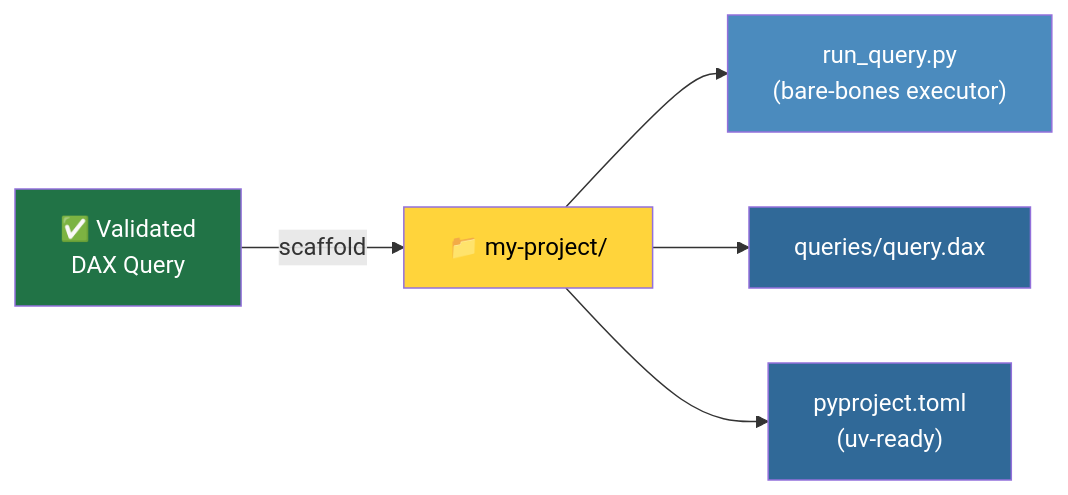
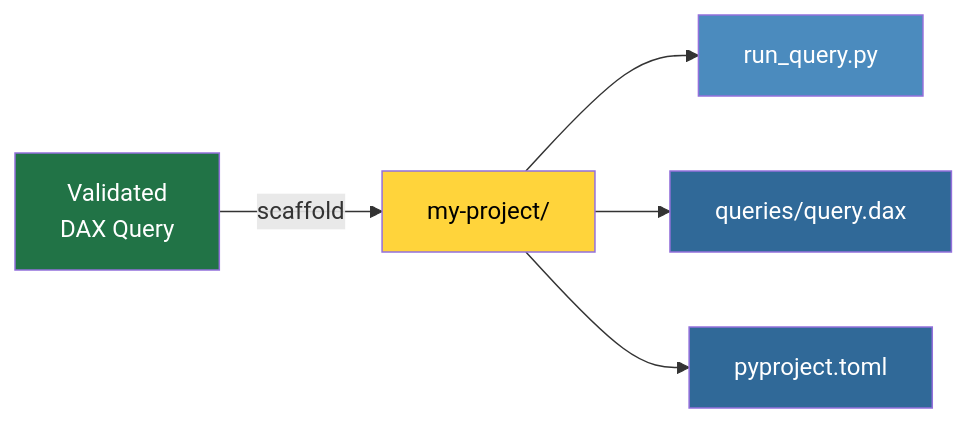
One commit to wes-stone/dax-query-mcp changed the third of 3 diagrams in README.md. Above: the diagram before and after it, drawn with Mermaid. The commit also changed other lines of this file, not shown here.

First line of the commit message:
fix mermaid diagrams: remove emojis and special chars

````diff
--- a/README.md
+++ b/README.md
@@ -312,13 +312,13 @@
 ```mermaid
 flowchart LR
-    A["✅ Validated\nDAX Query"] -->|scaffold| B["📁 my-project/"]
-    B --> C["run_query.py\n(bare-bones executor)"]
+    A["Validated\nDAX Query"] -->|scaffold| B["my-project/"]
+    B --> C["run_query.py"]
     B --> D["queries/query.dax"]
-    B --> E["pyproject.toml\n(uv-ready)"]
+    B --> E["pyproject.toml"]
 
     style A fill:#217346,color:#fff
     style B fill:#FFD43B,color:#000
     style C fill:#4B8BBE,color:#fff
     style D fill:#306998,color:#fff
     style E fill:#306998,color:#fff
 ```
````
